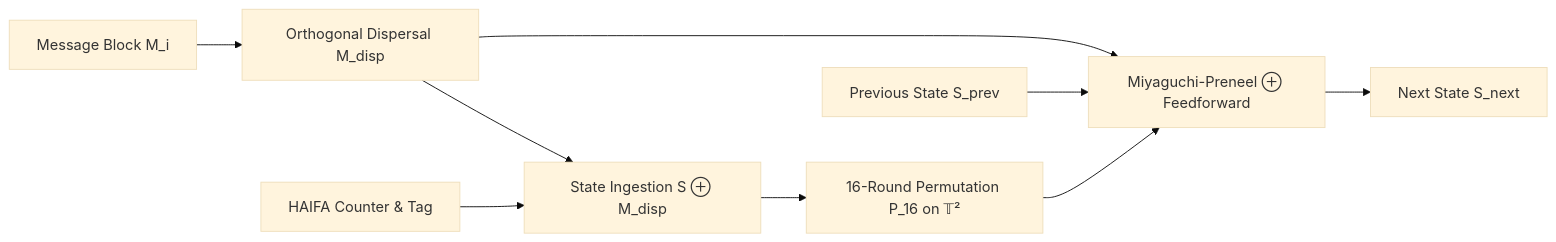
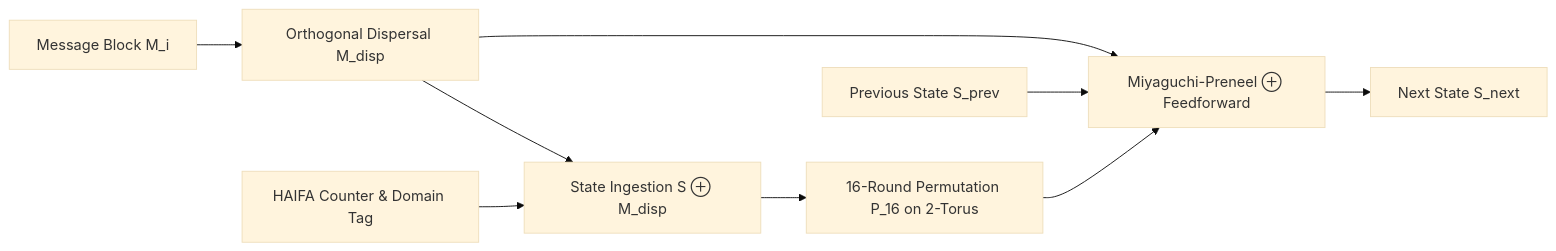
The diagram in docs/TORIX_SPECIFICATION.md (ankushpahal-12/torix-crypto), drawn with Mermaid (base theme) before and after one commit. The commit also changed other lines of this file and 6 other files, not shown here.

````diff
--- a/docs/TORIX_SPECIFICATION.md
+++ b/docs/TORIX_SPECIFICATION.md
@@ -57,11 +57,11 @@
 ```mermaid
 flowchart LR
-    M[Message Block M_i] --> DISP[Orthogonal Dispersal M_disp]
-    DISP --> XOR1[State Ingestion S ⊕ M_disp]
-    HAIFA[HAIFA Counter & Tag] --> XOR1
-    XOR1 --> PERM[16-Round Permutation P_16 on 𝕋²]
-    PERM --> MP[Miyaguchi-Preneel ⊕ Feedforward]
-    S_prev[Previous State S_prev] --> MP
+    M["Message Block M_i"] --> DISP["Orthogonal Dispersal M_disp"]
+    DISP --> XOR1["State Ingestion S ⊕ M_disp"]
+    HAIFA["HAIFA Counter & Domain Tag"] --> XOR1
+    XOR1 --> PERM["16-Round Permutation P_16 on 2-Torus"]
+    PERM --> MP["Miyaguchi-Preneel ⊕ Feedforward"]
+    S_prev["Previous State S_prev"] --> MP
     DISP --> MP
-    MP --> S_next[Next State S_next]
+    MP --> S_next["Next State S_next"]
 ```
````
